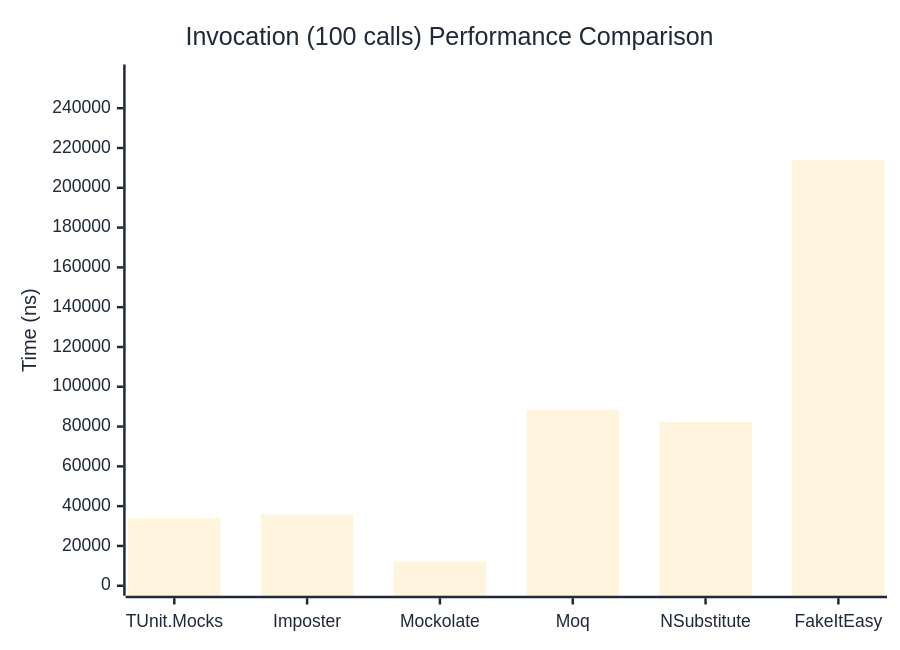
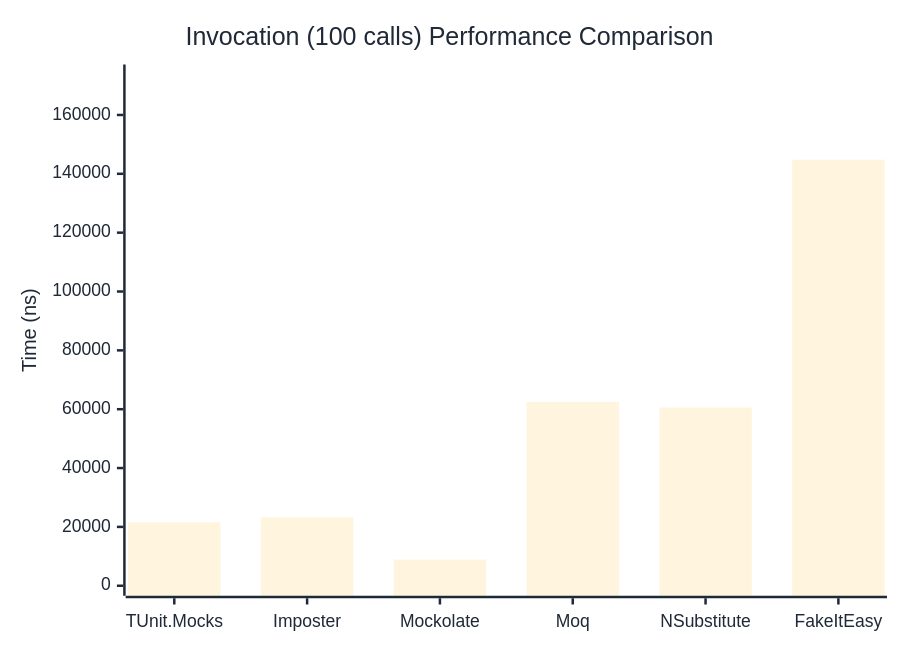
The third of 3 diagrams in docs/docs/benchmarks/mocks/Invocation.md (thomhurst/TUnit), drawn with Mermaid before and after one commit. The commit also changed other lines of this file and 14 other files, not shown here.

````diff
--- a/docs/docs/benchmarks/mocks/Invocation.md
+++ b/docs/docs/benchmarks/mocks/Invocation.md
@@ -112,27 +112,27 @@
 ```mermaid
 %%{init: {
   'theme':'base',
   'themeVariables': {
     'primaryColor': '#2563eb',
     'primaryTextColor': '#1f2937',
     'primaryBorderColor': '#1e40af',
     'lineColor': '#6b7280',
     'secondaryColor': '#7c3aed',
     'tertiaryColor': '#dc2626',
     'background': '#ffffff',
     'pie1': '#2563eb',
     'pie2': '#7c3aed',
     'pie3': '#dc2626',
     'pie4': '#f59e0b',
     'pie5': '#10b981',
     'pie6': '#06b6d4',
     'pie7': '#ec4899',
     'pie8': '#6366f1'
   }
 }}%%
 xychart-beta
   title "Invocation (100 calls) Performance Comparison"
   x-axis ["TUnit.Mocks", "Imposter", "Mockolate", "Moq", "NSubstitute", "FakeItEasy"]
-  y-axis "Time (ns)" 0 --> 256944
-  bar [33985.1, 35820.7, 12093.9, 88578.8, 82302.1, 214119.9]
+  y-axis "Time (ns)" 0 --> 173751
+  bar [21590.5, 23297.52, 8886.94, 62485.05, 60574.6, 144792.15]
 ```
````
